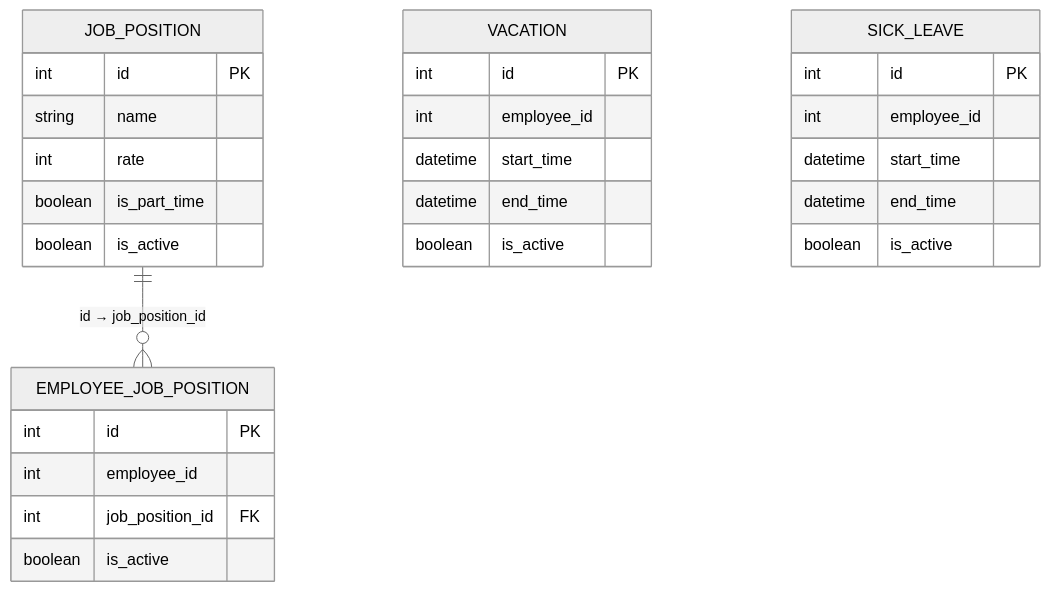
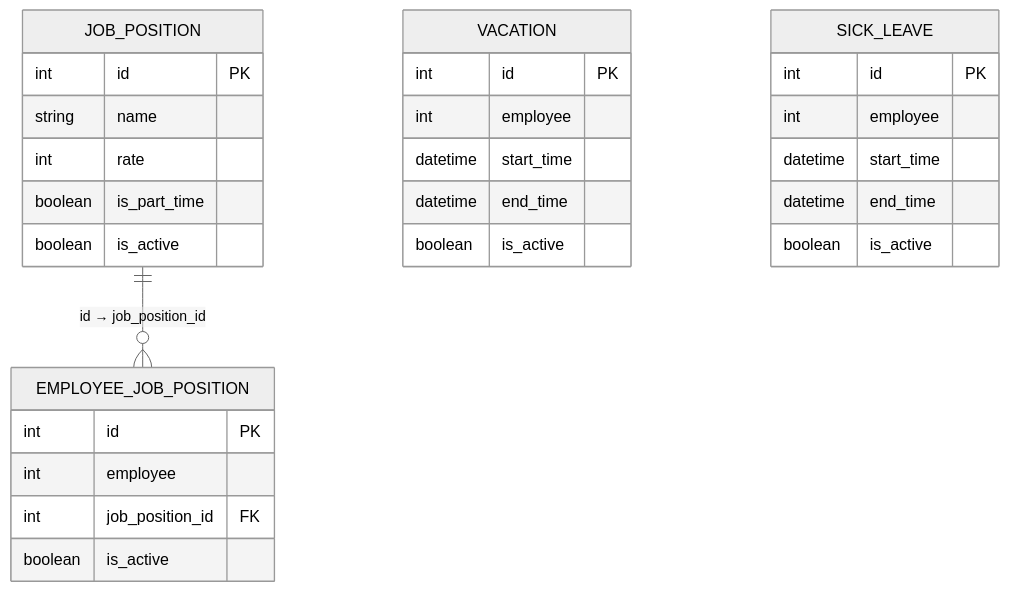
One commit to YuriSilenok/KPK_UP2_23-2P9 changed the diagram in S10/doc.md. Above: the diagram before and after it, drawn with Mermaid (neutral theme). The commit also changed other lines of this file, not shown here.

````diff
--- a/S10/doc.md
+++ b/S10/doc.md
@@ -266,35 +266,35 @@
 ```mermaid
 erDiagram
     JOB_POSITION {
         int id PK
         string name
         int rate
         boolean is_part_time
         boolean is_active
     }
     
     EMPLOYEE_JOB_POSITION {
         int id PK
-        int employee_id
+        int employee
         int job_position_id FK
         boolean is_active
     }
     
     VACATION {
         int id PK
-        int employee_id
+        int employee
         datetime start_time
         datetime end_time
         boolean is_active
     }
     
     SICK_LEAVE {
         int id PK
-        int employee_id
+        int employee
         datetime start_time
         datetime end_time
         boolean is_active
     }
     
     JOB_POSITION ||--o{ EMPLOYEE_JOB_POSITION : "id → job_position_id"
 ```
````
